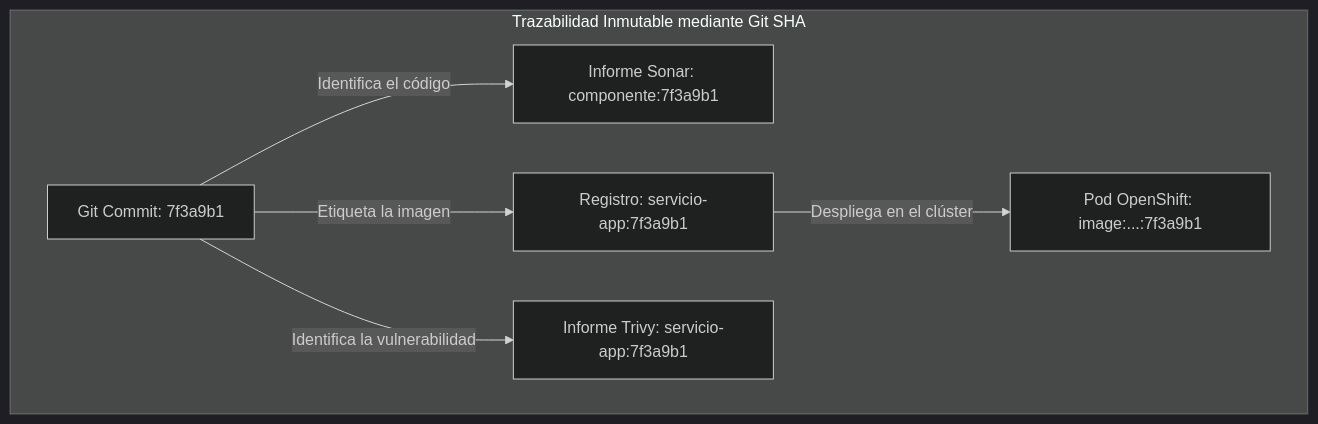
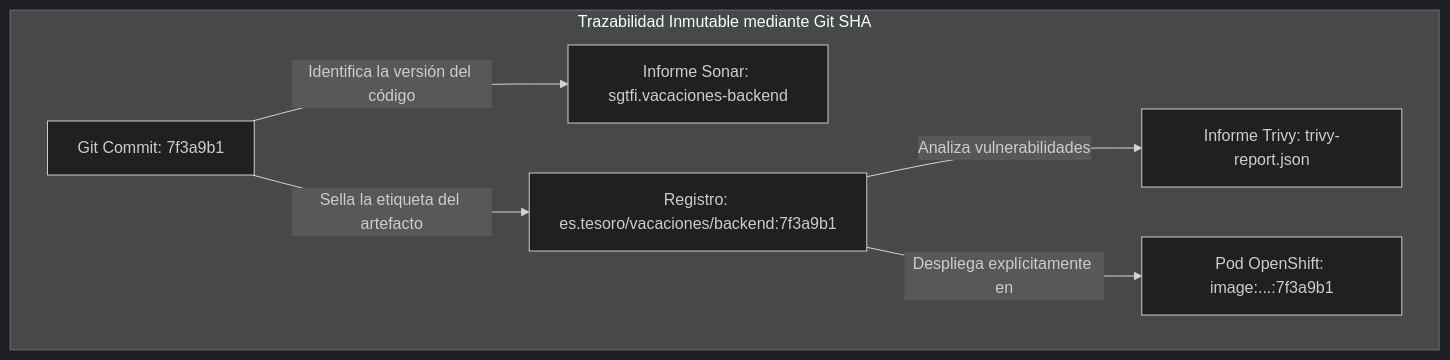
Before and after one commit to ieftraining/curso-openshift: the second of 6 diagrams in docs/sesion4/4.7 Opciones de automatizacion.md, drawn with Mermaid (dark theme). The commit also changed other lines of this file, not shown here.

````diff
--- a/docs/sesion4/4.7 Opciones de automatizacion.md
+++ b/docs/sesion4/4.7 Opciones de automatizacion.md
@@ -52,9 +56,9 @@
 ```mermaid
 flowchart TD
     subgraph Trazabilidad Inmutable mediante Git SHA
-        GitCommit[Git Commit: 7f3a9b1] -->|Identifica el código| SonarReport[Informe Sonar: componente:7f3a9b1]
-        GitCommit -->|Etiqueta la imagen| NexusImage[Registro: servicio-app:7f3a9b1]
-        GitCommit -->|Identifica la vulnerabilidad| TrivyReport[Informe Trivy: servicio-app:7f3a9b1]
-        NexusImage -->|Despliega en el clúster| PodRunning[Pod OpenShift: image:...:7f3a9b1]
+        GitCommit[Git Commit: 7f3a9b1] -->|Identifica la versión del código| SonarReport[Informe Sonar: sgtfi.vacaciones-backend]
+        GitCommit -->|Sella la etiqueta del artefacto| NexusImage[Registro: es.tesoro/vacaciones/backend:7f3a9b1]
+        NexusImage -->|Analiza vulnerabilidades| TrivyReport[Informe Trivy: trivy-report.json]
+        NexusImage -->|Despliega explícitamente en| OCPPod[Pod OpenShift: image:...:7f3a9b1]
     end
 ```
````
